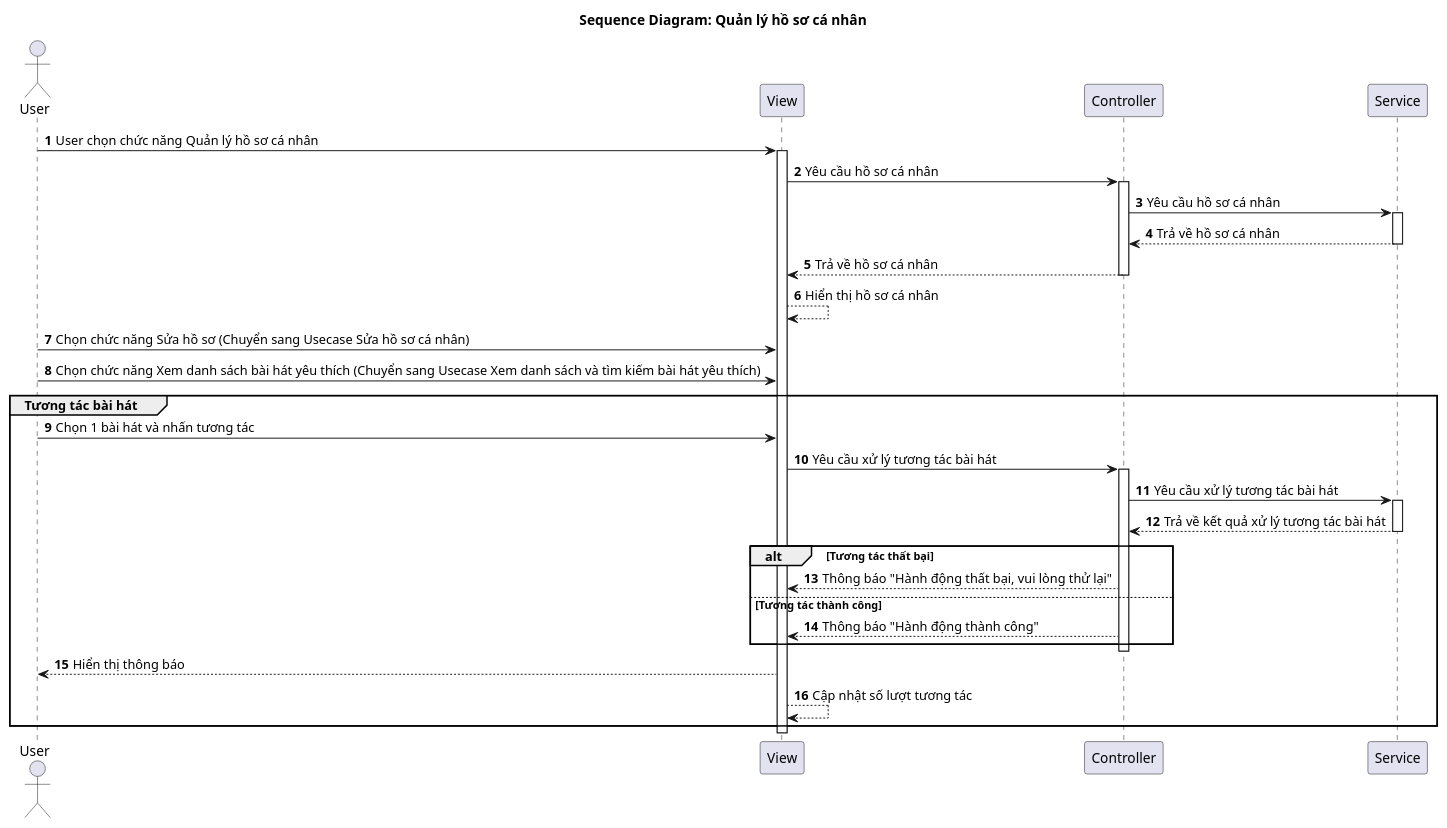
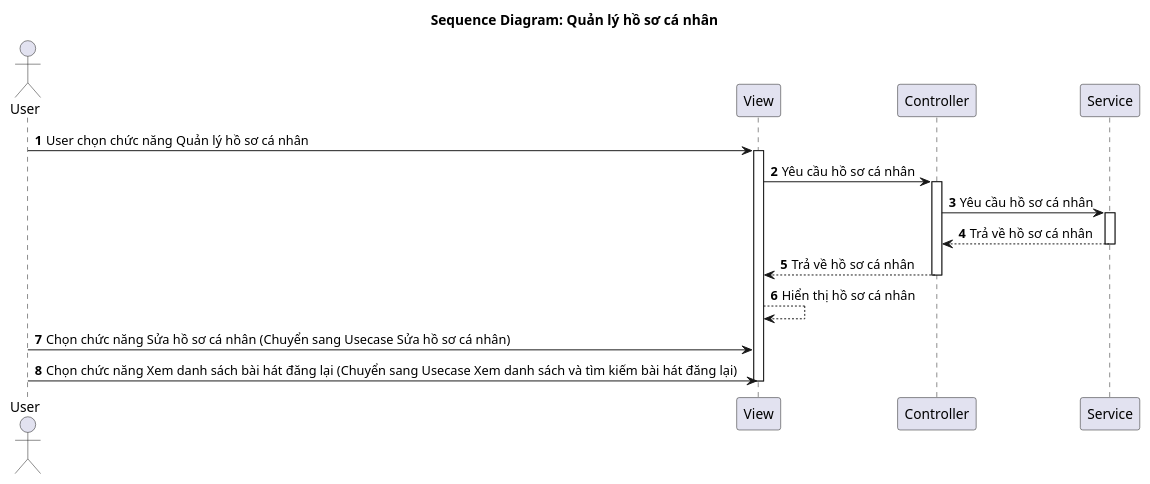
The diagram in Diagrams/SequenceDiagram/ManageProfileSD.plantuml (vinh047/soundwave), drawn with PlantUML before and after one commit. The commit also changed 7 other files, not shown here.

Commit message:
Thêm chức năng Quản lý thư viện vào sơ đồ

```diff
--- a/Diagrams/SequenceDiagram/ManageProfileSD.plantuml
+++ b/Diagrams/SequenceDiagram/ManageProfileSD.plantuml
@@ -1,45 +1,28 @@
 @startuml SD
 
 actor "User" as User
 participant "View" as View
 participant "Controller" as Controller
 participant "Service" as Service
 
 title Sequence Diagram: Quản lý hồ sơ cá nhân
 
 autonumber
 
 User -> View: User chọn chức năng Quản lý hồ sơ cá nhân
 activate View
 View -> Controller: Yêu cầu hồ sơ cá nhân
 activate Controller
 Controller -> Service: Yêu cầu hồ sơ cá nhân
 activate Service
 Service --> Controller: Trả về hồ sơ cá nhân
 deactivate Service
 Controller --> View: Trả về hồ sơ cá nhân
 deactivate Controller
 View --> View: Hiển thị hồ sơ cá nhân
 
-User -> View: Chọn chức năng Sửa hồ sơ (Chuyển sang Usecase Sửa hồ sơ cá nhân)
-User -> View: Chọn chức năng Xem danh sách bài hát yêu thích (Chuyển sang Usecase Xem danh sách và tìm kiếm bài hát yêu thích)
+User -> View: Chọn chức năng Sửa hồ sơ cá nhân (Chuyển sang Usecase Sửa hồ sơ cá nhân)
+User -> View: Chọn chức năng Xem danh sách bài hát đăng lại (Chuyển sang Usecase Xem danh sách và tìm kiếm bài hát đăng lại)
 
-group Tương tác bài hát
-    User -> View: Chọn 1 bài hát và nhấn tương tác
-    View -> Controller: Yêu cầu xử lý tương tác bài hát
-    activate Controller
-    Controller -> Service: Yêu cầu xử lý tương tác bài hát
-    activate Service
-    Service --> Controller: Trả về kết quả xử lý tương tác bài hát
-    deactivate Service
-    alt Tương tác thất bại
-        Controller --> View: Thông báo "Hành động thất bại, vui lòng thử lại"
-    else Tương tác thành công
-        Controller --> View: Thông báo "Hành động thành công"
-    end
-    deactivate Controller
-    View --> User: Hiển thị thông báo
-    View --> View: Cập nhật số lượt tương tác
-end
 deactivate View
 @enduml
```
